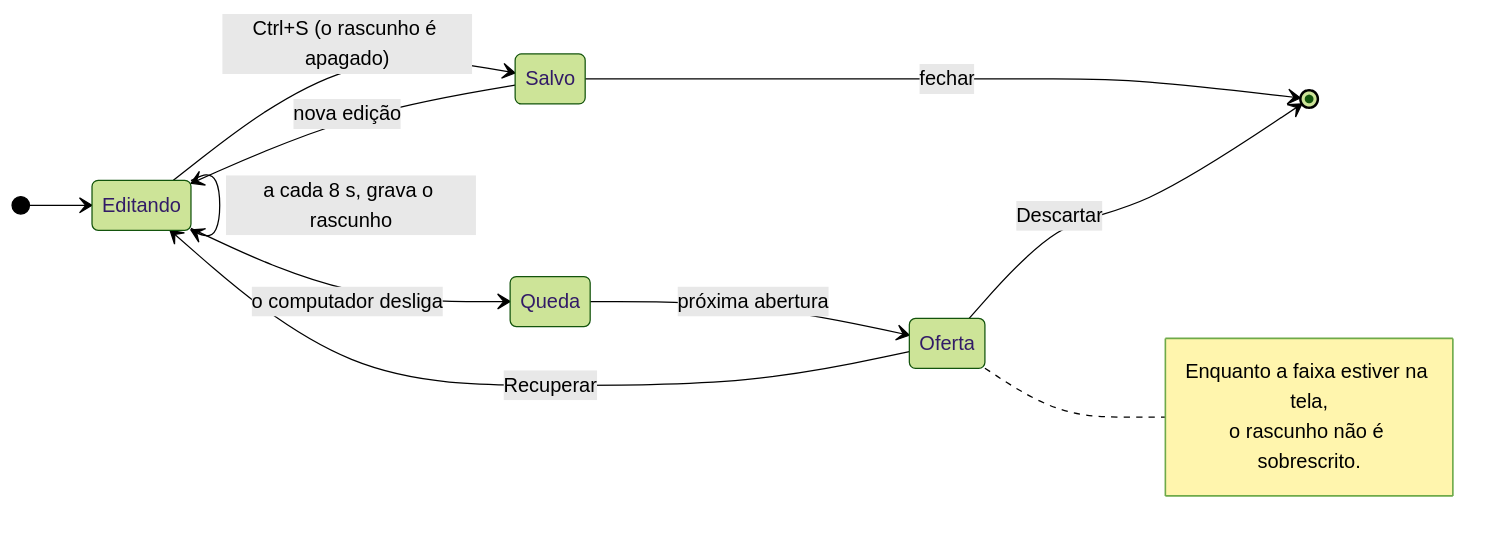
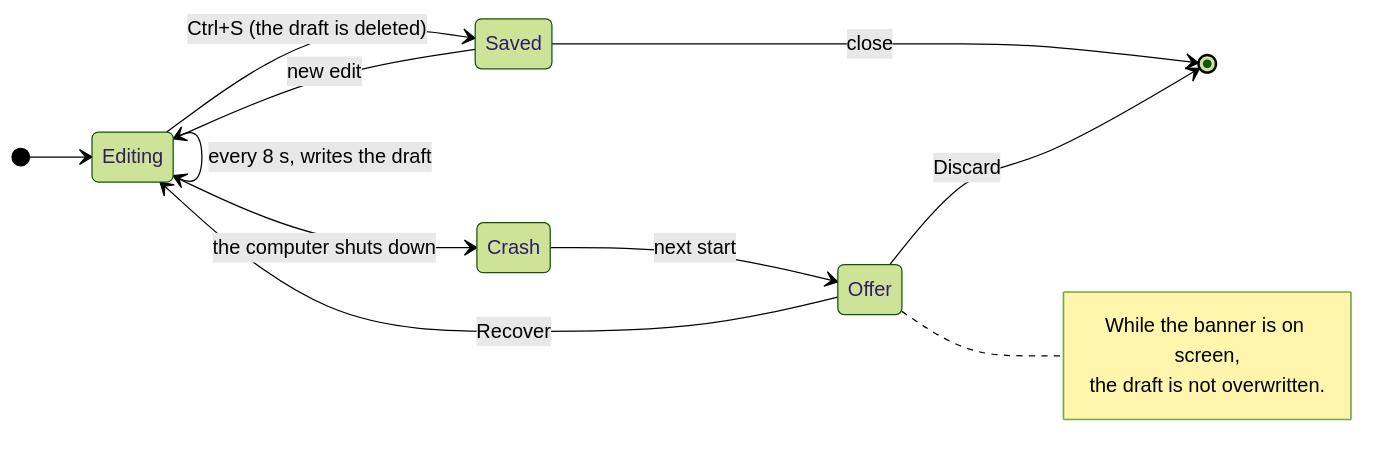
Before and after one commit to VStorch/LibreviaWorkspace: the fourth of 5 diagrams in README.md, drawn with Mermaid (forest theme). The commit also changed other lines of this file and 3 other files, not shown here.

````diff
--- a/README.md
+++ b/README.md
@@ -618,17 +622,17 @@
 ```mermaid
 stateDiagram-v2
     direction LR
-    [*] --> Editando
-    Editando --> Editando: a cada 8 s, grava o rascunho
-    Editando --> Salvo: Ctrl+S (o rascunho é apagado)
-    Salvo --> Editando: nova edição
-    Salvo --> [*]: fechar
-    Editando --> Queda: o computador desliga
-    Queda --> Oferta: próxima abertura
-    Oferta --> Editando: Recuperar
-    Oferta --> [*]: Descartar
-    note right of Oferta
-        Enquanto a faixa estiver na tela,
-        o rascunho não é sobrescrito.
+    [*] --> Editing
+    Editing --> Editing: every 8 s, writes the draft
+    Editing --> Saved: Ctrl+S (the draft is deleted)
+    Saved --> Editing: new edit
+    Saved --> [*]: close
+    Editing --> Crash: the computer shuts down
+    Crash --> Offer: next start
+    Offer --> Editing: Recover
+    Offer --> [*]: Discard
+    note right of Offer
+        While the banner is on screen,
+        the draft is not overwritten.
     end note
 ```
````
